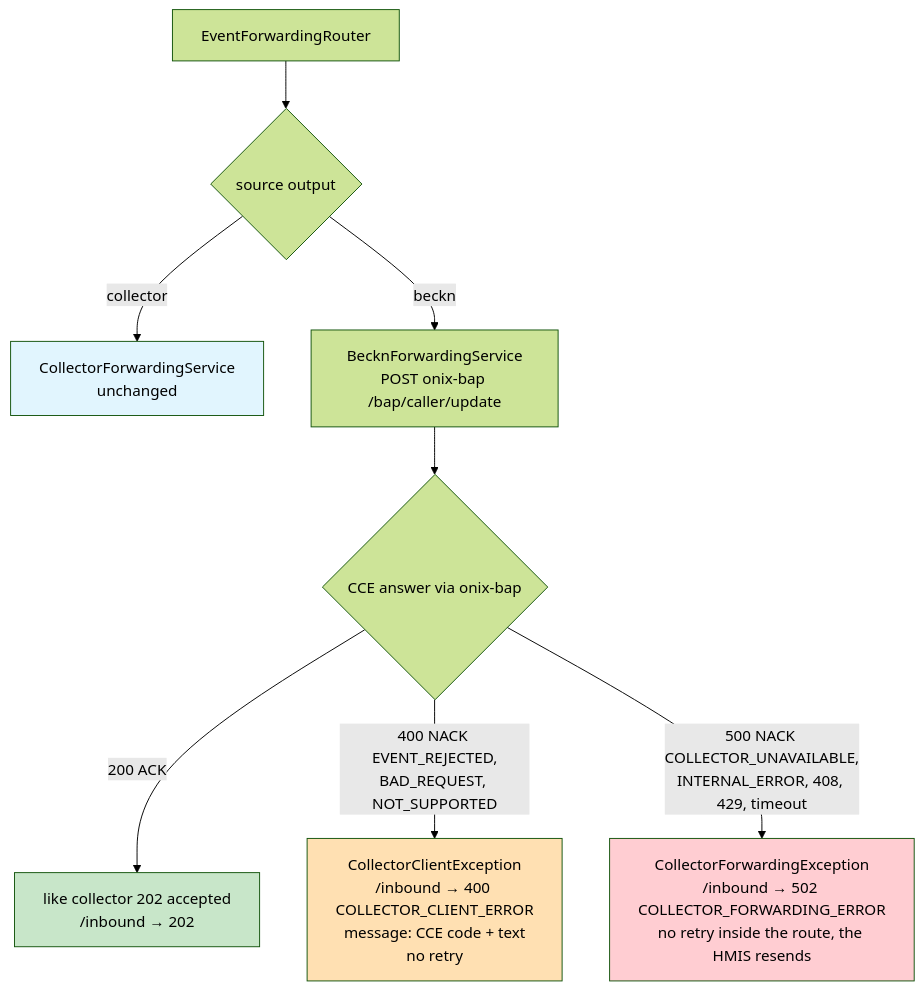
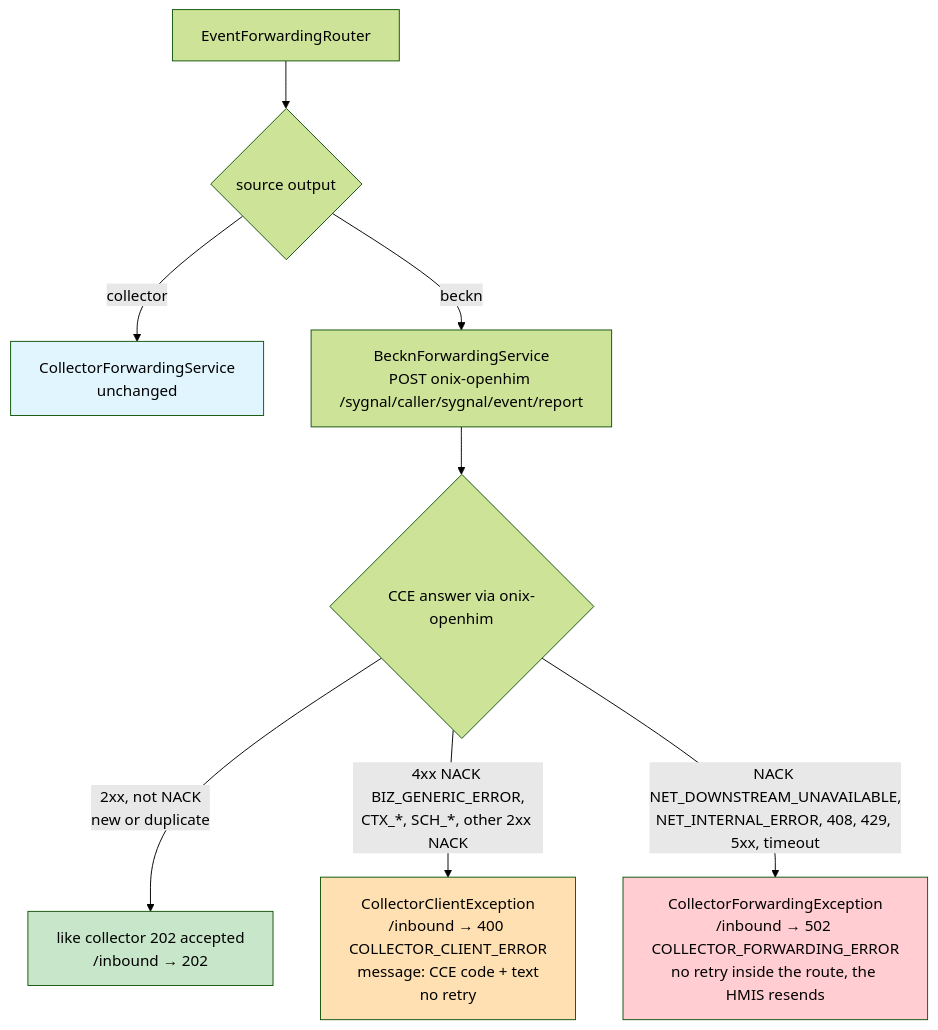
One commit to openphc/openhim-cce-emitter-adaptor changed diagram 11 of 11 in docs/flow-diagrams.md. Above: the diagram before and after it, drawn with Mermaid (forest theme). The commit also changed other lines of this file and 51 other files, not shown here.

First line of the commit message:
Switch the HIE bridge from Beckn update/on_update to sygnal/event/report

````diff
--- a/docs/flow-diagrams.md
+++ b/docs/flow-diagrams.md
@@ -453,15 +454,15 @@
 ```mermaid
 flowchart TD
     A[EventForwardingRouter] --> B{source output}
     B -->|collector| C[CollectorForwardingService<br/>unchanged]
-    B -->|beckn| D[BecknForwardingService<br/>POST onix-bap /bap/caller/update]
-    D --> E{CCE answer via onix-bap}
-    E -->|200 ACK| OK[like collector 202 accepted<br/>/inbound → 202]
-    E -->|400 NACK EVENT_REJECTED,<br/>BAD_REQUEST, NOT_SUPPORTED| CL[CollectorClientException<br/>/inbound → 400 COLLECTOR_CLIENT_ERROR<br/>message: CCE code + text<br/>no retry]
-    E -->|500 NACK COLLECTOR_UNAVAILABLE,<br/>INTERNAL_ERROR, 408, 429, timeout| FW[CollectorForwardingException<br/>/inbound → 502 COLLECTOR_FORWARDING_ERROR<br/>no retry inside the route, the HMIS resends]
+    B -->|beckn| D[BecknForwardingService<br/>POST onix-openhim /sygnal/caller/sygnal/event/report]
+    D --> E{CCE answer via onix-openhim}
+    E -->|2xx, not NACK<br/>new or duplicate| OK[like collector 202 accepted<br/>/inbound → 202]
+    E -->|4xx NACK BIZ_GENERIC_ERROR,<br/>CTX_*, SCH_*, other 2xx NACK| CL[CollectorClientException<br/>/inbound → 400 COLLECTOR_CLIENT_ERROR<br/>message: CCE code + text<br/>no retry]
+    E -->|NACK NET_DOWNSTREAM_UNAVAILABLE,<br/>NET_INTERNAL_ERROR, 408, 429, 5xx, timeout| FW[CollectorForwardingException<br/>/inbound → 502 COLLECTOR_FORWARDING_ERROR<br/>no retry inside the route, the HMIS resends]
 
     style C fill:#e1f5fe
     style OK fill:#c8e6c9
     style CL fill:#ffe0b2
     style FW fill:#ffcdd2
 ```
````
